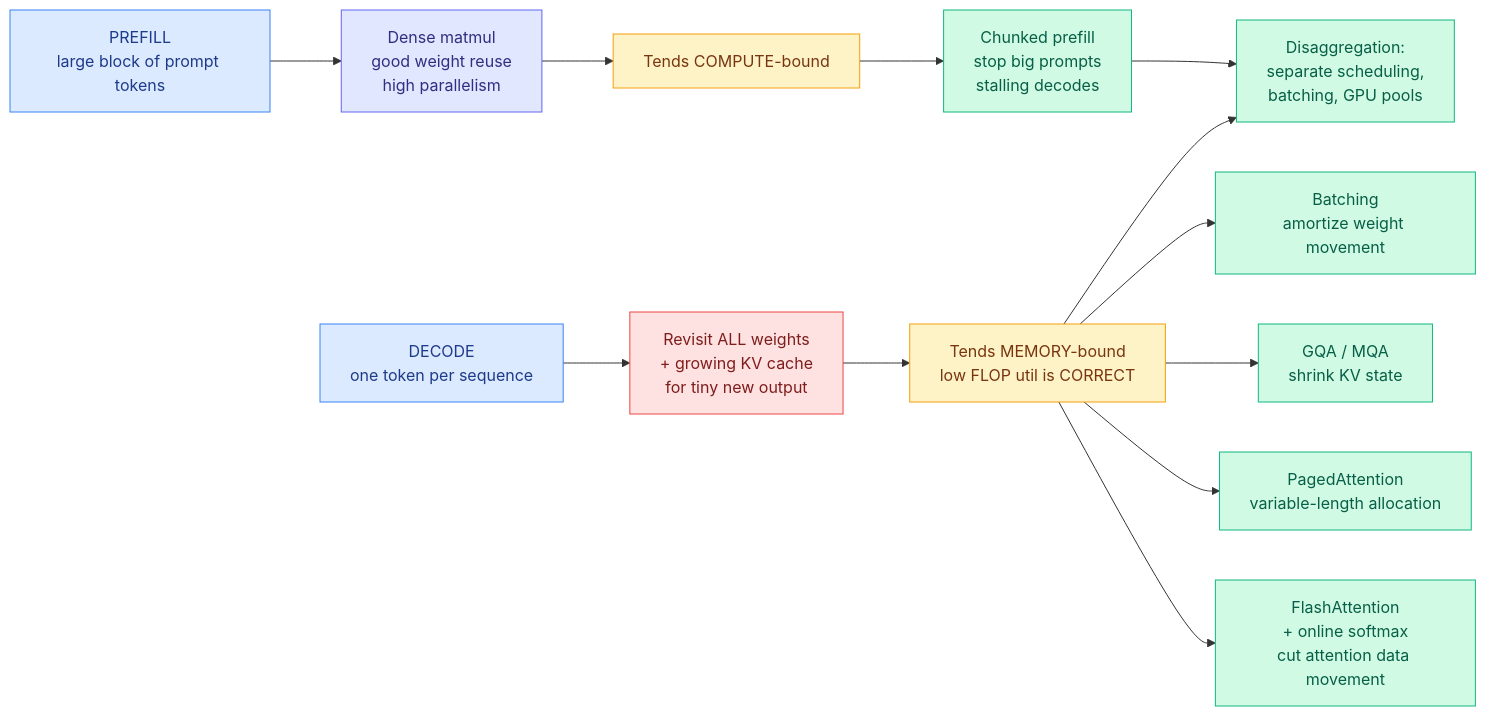
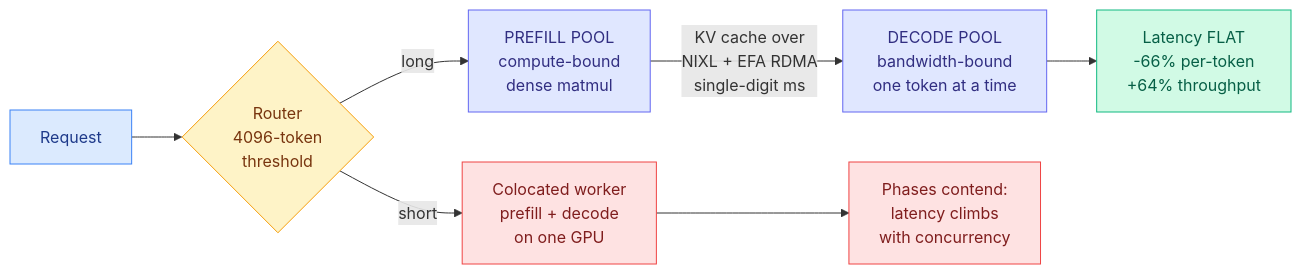
The first of 2 diagrams in wiki/media-zone/2026-09/2026-09-16.md (bayesiansapien/cere-bro), drawn with Mermaid before and after one commit. The commit also changed other lines of this file, not shown here.

````diff
--- a/wiki/media-zone/2026-09/2026-09-16.md
+++ b/wiki/media-zone/2026-09/2026-09-16.md
@@ -40,24 +53,19 @@
 ```mermaid
 flowchart LR
-  P[PREFILL<br/>large block of prompt tokens] --> MM[Dense matmul<br/>good weight reuse<br/>high parallelism]
-  MM --> CB[Tends COMPUTE-bound]
-  D[DECODE<br/>one token per sequence] --> REV[Revisit ALL weights<br/>+ growing KV cache<br/>for tiny new output]
-  REV --> MB[Tends MEMORY-bound<br/>low FLOP util is CORRECT]
-  MB --> FIX1[Batching<br/>amortize weight movement]
-  MB --> FIX2[GQA / MQA<br/>shrink KV state]
-  MB --> FIX3[PagedAttention<br/>variable-length allocation]
-  MB --> FIX4[FlashAttention<br/>+ online softmax<br/>cut attention data movement]
-  CB --> FIX5[Chunked prefill<br/>stop big prompts<br/>stalling decodes]
-  FIX5 --> DIS[Disaggregation:<br/>separate scheduling,<br/>batching, GPU pools]
-  MB --> DIS
+  REQ[Request] --> RT{Router<br/>4096-token<br/>threshold}
+  RT -->|short| CO[Colocated worker<br/>prefill + decode<br/>on one GPU]
+  RT -->|long| PF[PREFILL POOL<br/>compute-bound<br/>dense matmul]
+  PF -->|KV cache over<br/>NIXL + EFA RDMA<br/>single-digit ms| DC[DECODE POOL<br/>bandwidth-bound<br/>one token at a time]
+  CO --> CONT[Phases contend:<br/>latency climbs<br/>with concurrency]
+  DC --> FLAT[Latency FLAT<br/>-66% per-token<br/>+64% throughput]
   classDef input fill:#dbeafe,stroke:#3b82f6,color:#1e3a8a
   classDef decision fill:#fef3c7,stroke:#f59e0b,color:#78350f
   classDef output fill:#d1fae5,stroke:#10b981,color:#065f46
   classDef warn fill:#fee2e2,stroke:#ef4444,color:#7f1d1d
   classDef aux fill:#e0e7ff,stroke:#6366f1,color:#312e81
-  class P,D input
-  class CB,MB decision
-  class FIX1,FIX2,FIX3,FIX4,FIX5,DIS output
-  class REV warn
-  class MM aux
+  class REQ input
+  class RT decision
+  class PF,DC aux
+  class FLAT output
+  class CONT,CO warn
 ```
````
